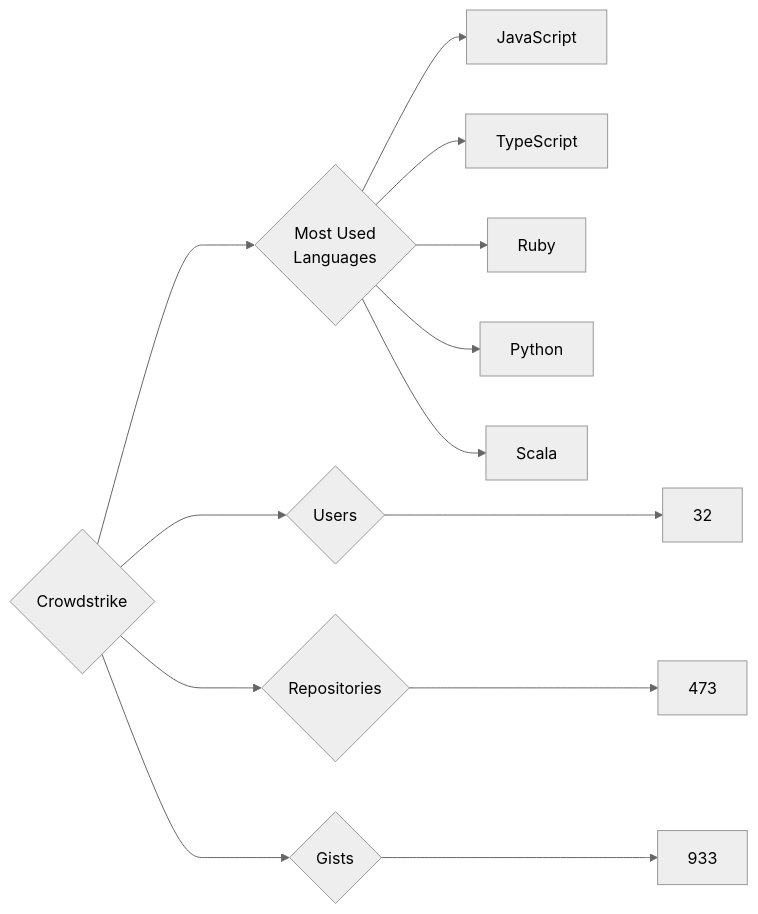
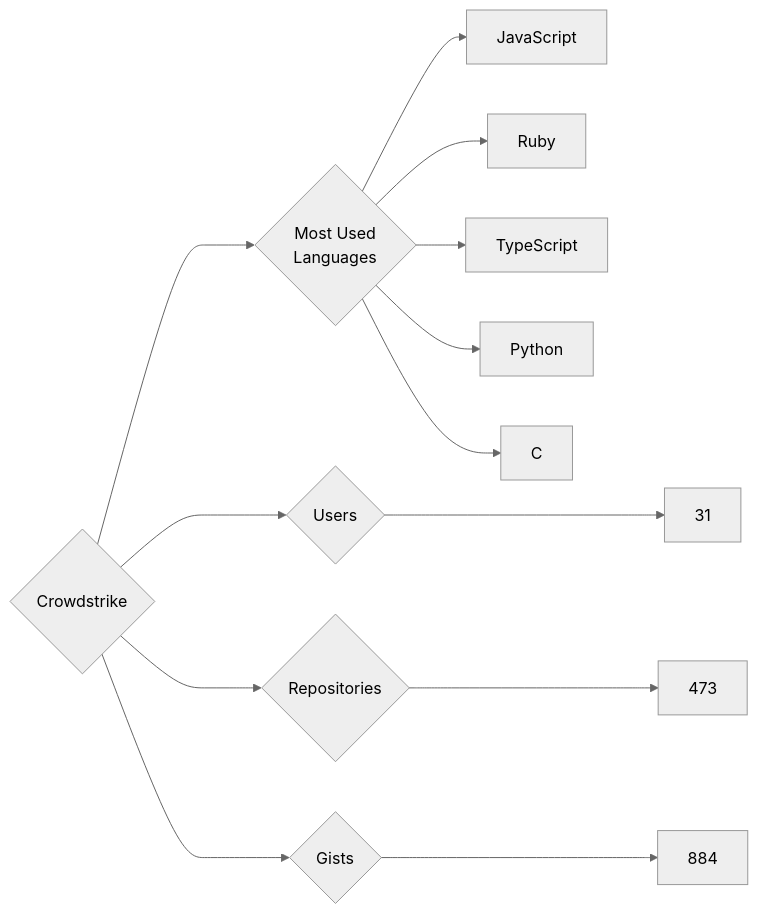
The diagram in targets/Crowdstrike/README.md (trickest/insiders), drawn with Mermaid (neutral theme) before and after one commit. The commit also changed 715 other files, not shown here.

````diff
--- a/targets/Crowdstrike/README.md
+++ b/targets/Crowdstrike/README.md
@@ -3,13 +3,13 @@
 ```mermaid
 graph LR
 COMPANY_NAME{Crowdstrike}
-COMPANY_NAME ---> U{Users} ---> UN[32]
+COMPANY_NAME ---> U{Users} ---> UN[31]
 COMPANY_NAME ---> R{Repositories} ---> RN[473]
-COMPANY_NAME ---> G{Gists} ---> GN[933]
+COMPANY_NAME ---> G{Gists} ---> GN[884]
 COMPANY_NAME ---> ML{Most Used<br>Languages}
 ML --> JavaScript[JavaScript]
+ML --> Ruby[Ruby]
 ML --> TypeScript[TypeScript]
-ML --> Ruby[Ruby]
 ML --> Python[Python]
-ML --> Scala[Scala]
+ML --> C[C]
 ```
````
